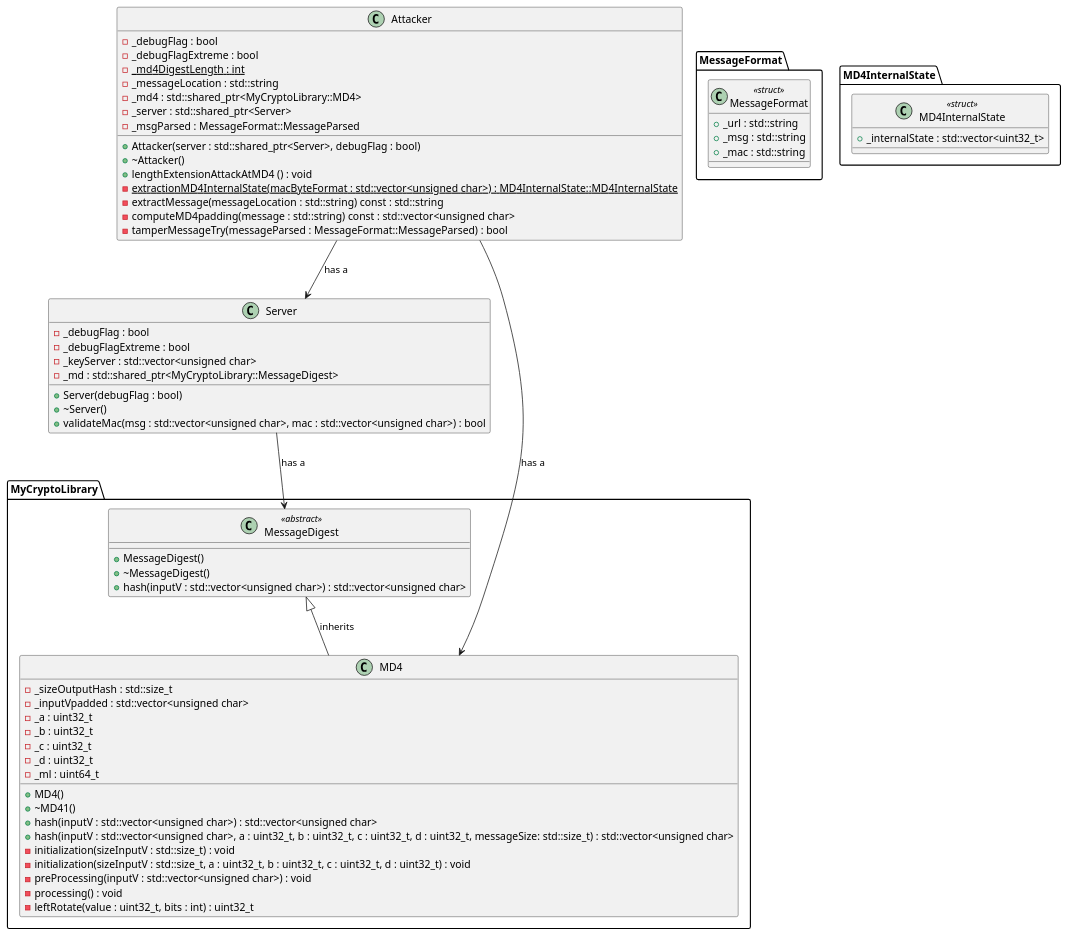
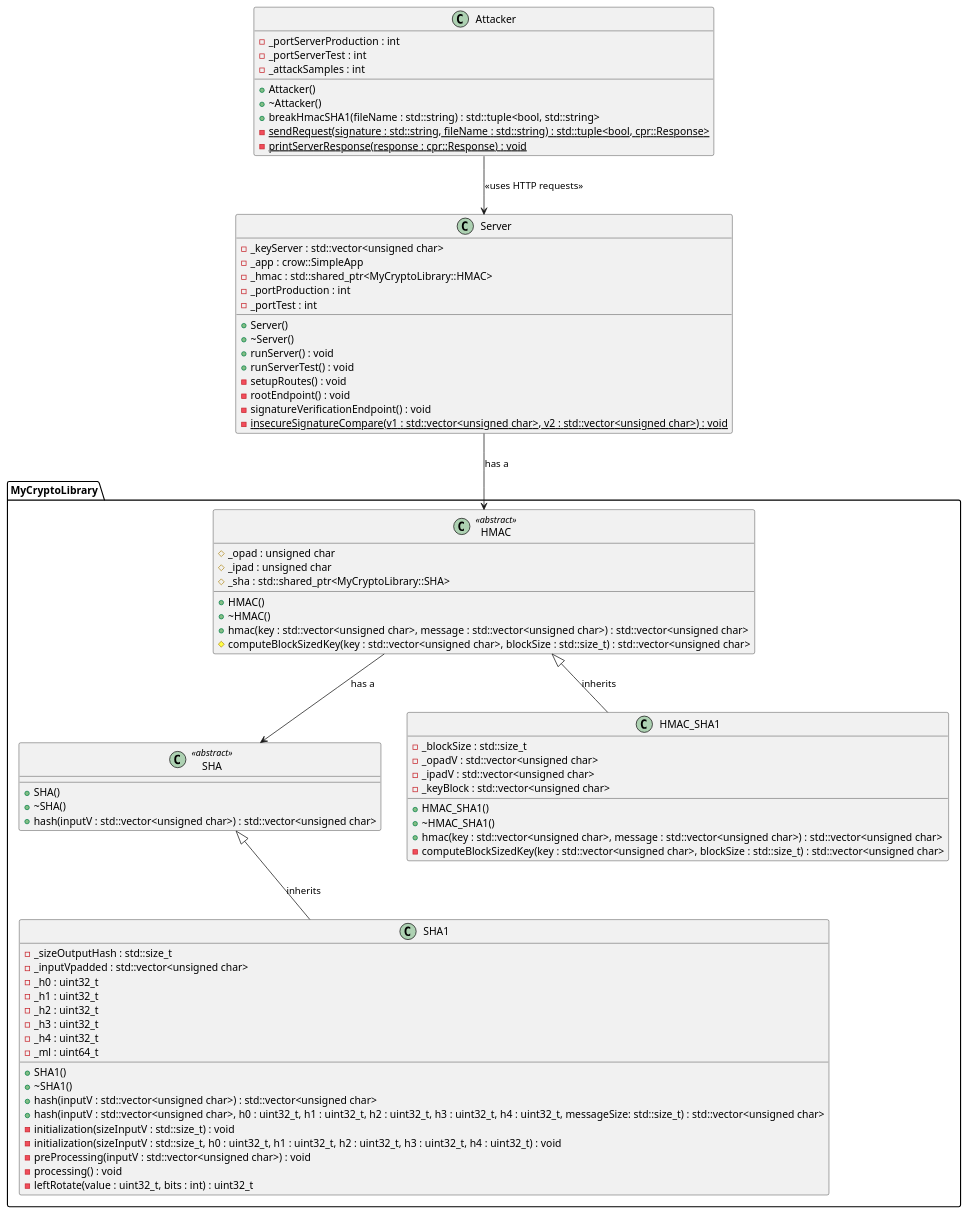
One commit to Photon-einstein/Cryptopals changed the diagram in Cryptopals_resolutions/4-Set_4/cryptopals_set_4_problem_31_32/uml_diagrams/class_diagram.puml. Above: the diagram before and after it, drawn with PlantUML. The commit also changed 11 other files, not shown here.

Commit message:
Add class diagram

```diff
--- a/Cryptopals_resolutions/4-Set_4/cryptopals_set_4_problem_31_32/uml_diagrams/class_diagram.puml
+++ b/Cryptopals_resolutions/4-Set_4/cryptopals_set_4_problem_31_32/uml_diagrams/class_diagram.puml
@@ -1,80 +1,93 @@
 @startuml
 
-namespace MessageFormat {
-    class MessageFormat <<struct>> {
-        + _url : std::string
-        + _msg : std::string
-        + _mac : std::string
-    }
+class Server {
+    - _keyServer : std::vector<unsigned char>
+    - _app : crow::SimpleApp
+    - _hmac : std::shared_ptr<MyCryptoLibrary::HMAC>
+    - _portProduction : int
+    - _portTest : int
+
+    + Server()
+    + ~Server()
+    + runServer() : void
+    + runServerTest() : void
+    - setupRoutes() : void
+    - rootEndpoint() : void
+    - signatureVerificationEndpoint() : void
+    - insecureSignatureCompare(v1 : std::vector<unsigned char>, v2 : std::vector<unsigned char>) : void {static}
 }
 
-namespace MD4InternalState {
-    class MD4InternalState <<struct>> {
-        + _internalState : std::vector<uint32_t>
-    }
-}
-
-class Server {
-    - _debugFlag : bool
-    - _debugFlagExtreme : bool
-    - _keyServer : std::vector<unsigned char>
-    - _md : std::shared_ptr<MyCryptoLibrary::MessageDigest>
-    
-    + Server(debugFlag : bool)
-    + ~Server()
-    + validateMac(msg : std::vector<unsigned char>, mac : std::vector<unsigned char>) : bool
-}
+Server --> MyCryptoLibrary.HMAC : "has a"
 
 namespace MyCryptoLibrary {
-    class MessageDigest <<abstract>> {
-        + MessageDigest()
-        + ~MessageDigest()
+    class SHA <<abstract>> {
+        + SHA()
+        + ~SHA()
         + hash(inputV : std::vector<unsigned char>) : std::vector<unsigned char>
     }
 
-    class MD4 {
+    class SHA1 {
         - _sizeOutputHash : std::size_t
         - _inputVpadded : std::vector<unsigned char>
-        - _a : uint32_t
-        - _b : uint32_t
-        - _c : uint32_t
-        - _d : uint32_t
+        - _h0 : uint32_t
+        - _h1 : uint32_t
+        - _h2 : uint32_t
+        - _h3 : uint32_t
+        - _h4 : uint32_t
         - _ml : uint64_t
 
-        + MD4()
-        + ~MD41()
+        + SHA1()
+        + ~SHA1()
         + hash(inputV : std::vector<unsigned char>) : std::vector<unsigned char>
-        + hash(inputV : std::vector<unsigned char>, a : uint32_t, b : uint32_t, c : uint32_t, d : uint32_t, messageSize: std::size_t) : std::vector<unsigned char>
+        + hash(inputV : std::vector<unsigned char>, h0 : uint32_t, h1 : uint32_t, h2 : uint32_t, h3 : uint32_t, h4 : uint32_t, messageSize: std::size_t) : std::vector<unsigned char>
         - initialization(sizeInputV : std::size_t) : void
-        - initialization(sizeInputV : std::size_t, a : uint32_t, b : uint32_t, c : uint32_t, d : uint32_t) : void
+        - initialization(sizeInputV : std::size_t, h0 : uint32_t, h1 : uint32_t, h2 : uint32_t, h3 : uint32_t, h4 : uint32_t) : void
         - preProcessing(inputV : std::vector<unsigned char>) : void
         - processing() : void
         - leftRotate(value : uint32_t, bits : int) : uint32_t
     }
 
-    MessageDigest <|-- MD4 : "inherits"
+    SHA <|-- SHA1 : "inherits"
+
+    class HMAC <<abstract>> {
+        # _opad : unsigned char
+        # _ipad : unsigned char
+        # _sha : std::shared_ptr<MyCryptoLibrary::SHA>
+
+        + HMAC()
+        + ~HMAC()
+        + hmac(key : std::vector<unsigned char>, message : std::vector<unsigned char>) : std::vector<unsigned char>
+        # computeBlockSizedKey(key : std::vector<unsigned char>, blockSize : std::size_t) : std::vector<unsigned char>
+    }
+
+    class HMAC_SHA1 {
+        - _blockSize : std::size_t
+        - _opadV : std::vector<unsigned char>
+        - _ipadV : std::vector<unsigned char>
+        - _keyBlock : std::vector<unsigned char>
+
+        + HMAC_SHA1()
+        + ~HMAC_SHA1()
+        + hmac(key : std::vector<unsigned char>, message : std::vector<unsigned char>) : std::vector<unsigned char>
+        - computeBlockSizedKey(key : std::vector<unsigned char>, blockSize : std::size_t) : std::vector<unsigned char>
+    }
+
+    HMAC <|-- HMAC_SHA1 : "inherits"
+    HMAC --> SHA : "has a"
 }
 
 class Attacker {
-    - _debugFlag : bool
-    - _debugFlagExtreme : bool
-    - _md4DigestLength : int {static}
-    - _messageLocation : std::string
-    - _md4 : std::shared_ptr<MyCryptoLibrary::MD4>
-    - _server : std::shared_ptr<Server>
-    - _msgParsed : MessageFormat::MessageParsed
+    - _portServerProduction : int
+    - _portServerTest : int
+    - _attackSamples : int
 
-    + Attacker(server : std::shared_ptr<Server>, debugFlag : bool)
+    + Attacker()
     + ~Attacker()
-    + lengthExtensionAttackAtMD4 () : void
-    - extractionMD4InternalState(macByteFormat : std::vector<unsigned char>) : MD4InternalState::MD4InternalState {static}
-    - extractMessage(messageLocation : std::string) const : std::string
-    - computeMD4padding(message : std::string) const : std::vector<unsigned char>
-    - tamperMessageTry(messageParsed : MessageFormat::MessageParsed) : bool
+    + breakHmacSHA1(fileName : std::string) : std::tuple<bool, std::string>
+    - sendRequest(signature : std::string, fileName : std::string) : std::tuple<bool, cpr::Response> {static}
+    - printServerResponse(response : cpr::Response) : void {static}
 }
 
-Server --> MyCryptoLibrary.MessageDigest : "has a"
-Attacker --> MyCryptoLibrary.MD4 : "has a"
-Attacker --> Server : "has a"
+Attacker --> Server : "<<uses HTTP requests>>"
 
 @enduml
```
